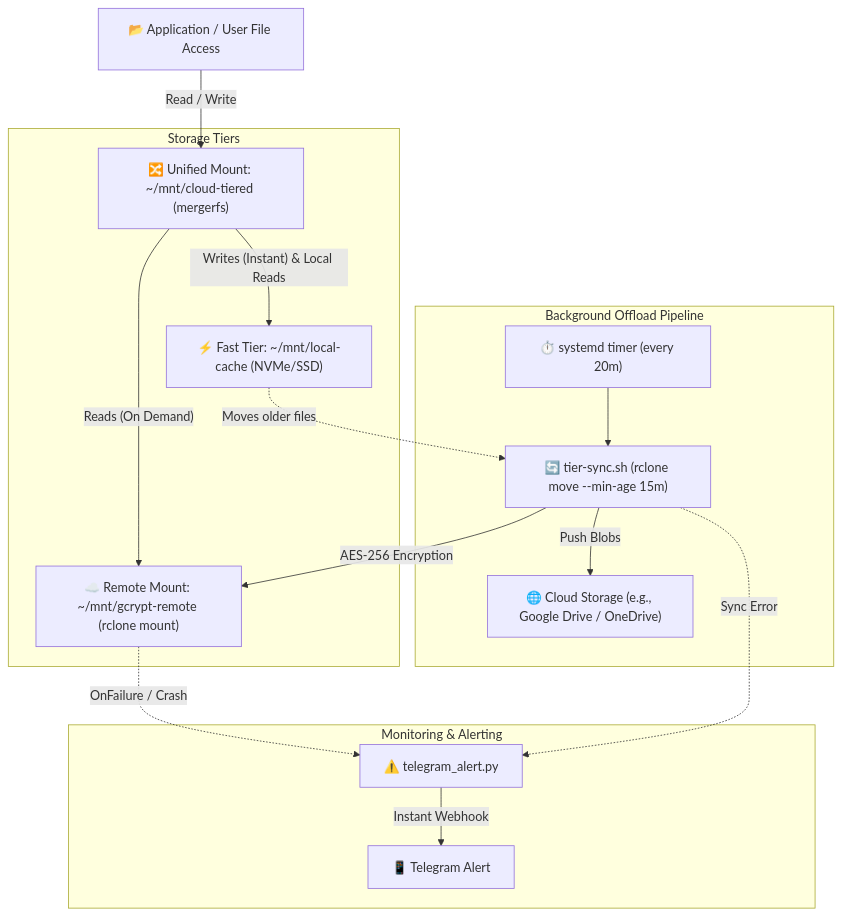
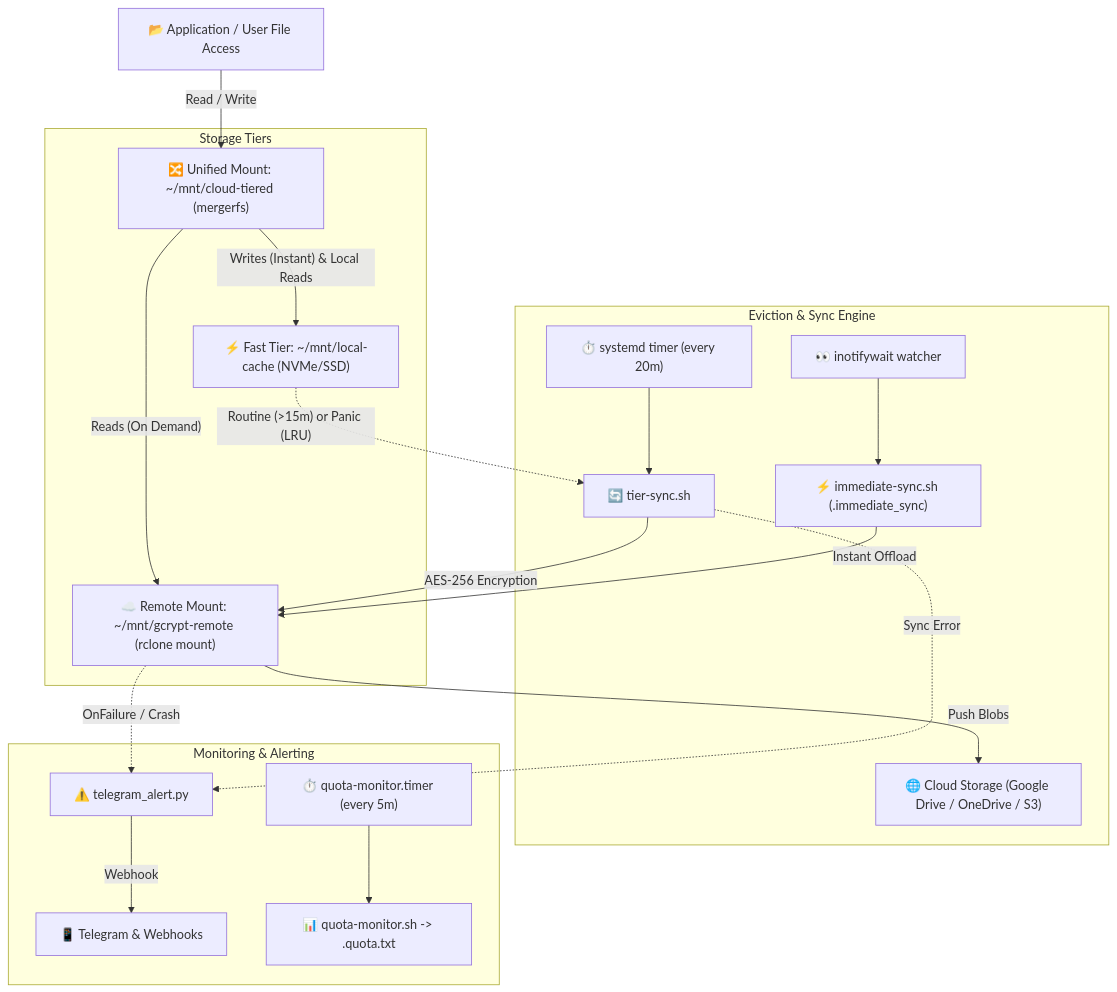
Before and after one commit to ashishsinghbora/ETS: the diagram in README.md, drawn with Mermaid. The commit also changed other lines of this file and 14 other files, not shown here.

Commit message:
Add real-time quota monitor, smart filer auto-organization, doctor utility, and documentation

````diff
--- a/README.md
+++ b/README.md
@@ -32,22 +34,25 @@
 ```mermaid
 flowchart TD
     App["📂 Application / User File Access"] -->|Read / Write| Unified["🔀 Unified Mount: ~/mnt/cloud-tiered (mergerfs)"]
     
     subgraph Storage Tiers
         Unified -->|"Writes (Instant) & Local Reads"| LocalCache["⚡ Fast Tier: ~/mnt/local-cache (NVMe/SSD)"]
         Unified -->|"Reads (On Demand)"| RemoteMount["☁️ Remote Mount: ~/mnt/gcrypt-remote (rclone mount)"]
     end
 
-    subgraph Background Offload Pipeline
-        Timer["⏱️ systemd timer (every 20m)"] --> Sync["🔄 tier-sync.sh (rclone move --min-age 15m)"]
-        LocalCache -.->|"Moves older files"| Sync
+    subgraph Eviction & Sync Engine
+        Timer["⏱️ systemd timer (every 20m)"] --> Sync["🔄 tier-sync.sh"]
+        Inotify["👀 inotifywait watcher"] --> Immediate["⚡ immediate-sync.sh (.immediate_sync)"]
+        LocalCache -.->|"Routine (>15m) or Panic (LRU)"| Sync
         Sync -->|"AES-256 Encryption"| RemoteMount
-        Sync -->|"Push Blobs"| Cloud["🌐 Cloud Storage (e.g., Google Drive / OneDrive)"]
+        Immediate -->|"Instant Offload"| RemoteMount
+        RemoteMount -->|"Push Blobs"| Cloud["🌐 Cloud Storage (Google Drive / OneDrive / S3)"]
     end
 
     subgraph Monitoring & Alerting
         RemoteMount -.->|"OnFailure / Crash"| Alert["⚠️ telegram_alert.py"]
         Sync -.->|"Sync Error"| Alert
-        Alert -->|"Instant Webhook"| Telegram["📱 Telegram Alert"]
+        Alert -->|"Webhook"| Notifications["📱 Telegram & Webhooks"]
+        QuotaTimer["⏱️ quota-monitor.timer (every 5m)"] --> Quota["📊 quota-monitor.sh -> .quota.txt"]
     end
 ```
````
